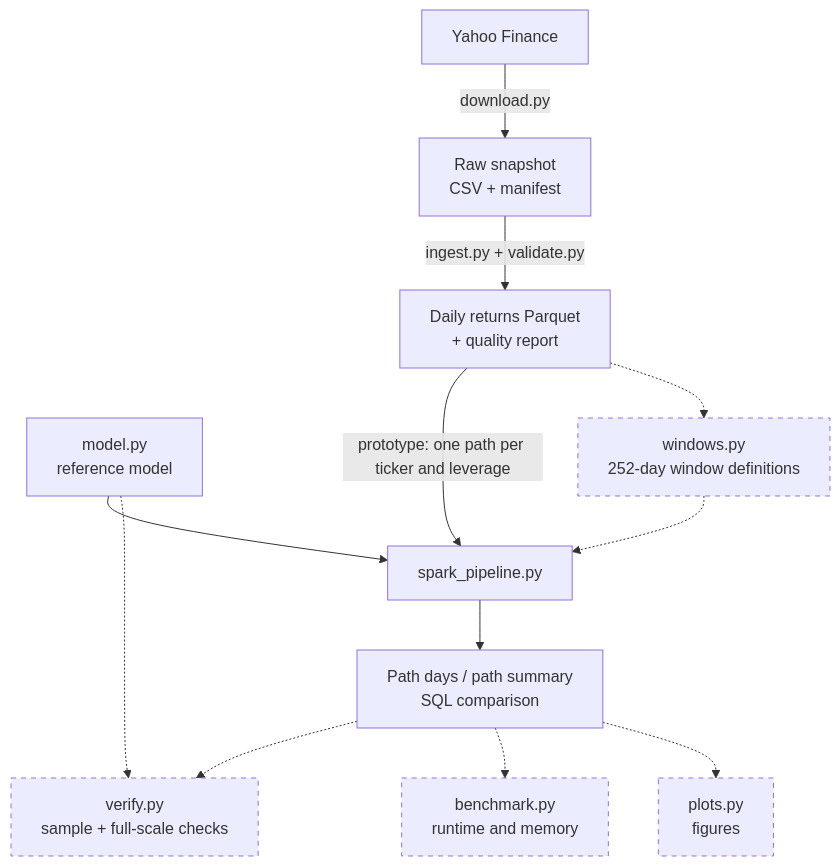
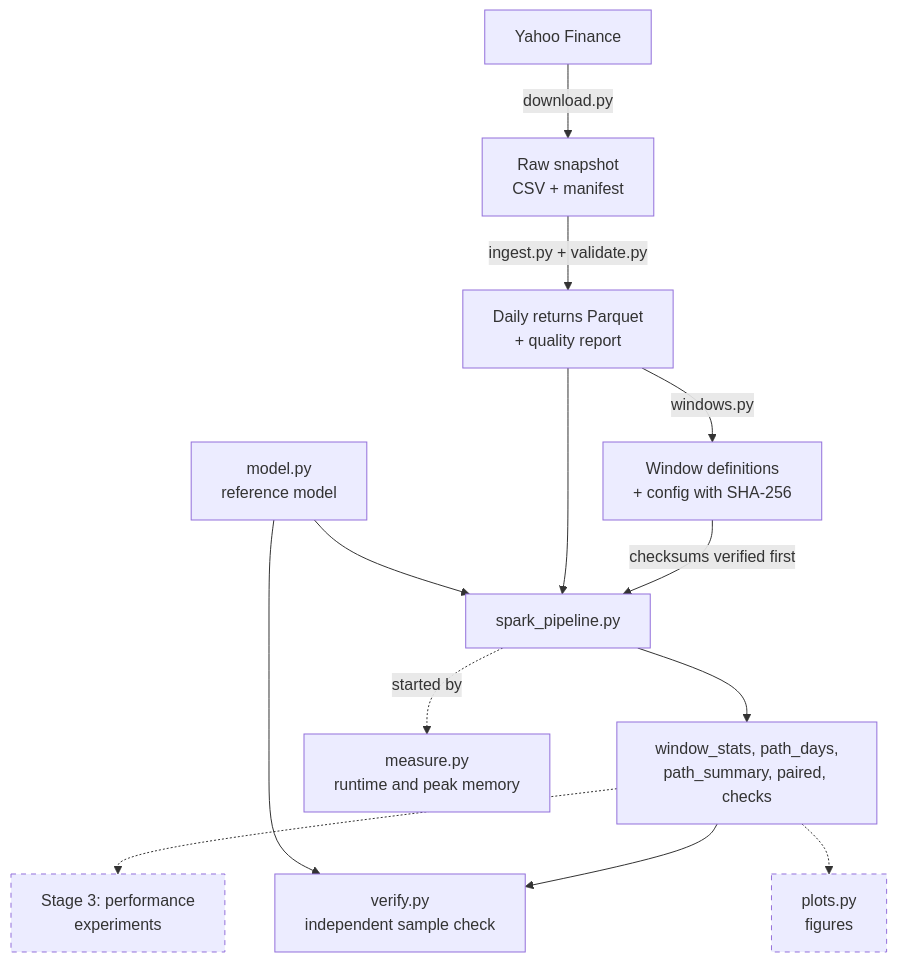
The diagram in docs/spec.md (kelly-0111/leveraged-etf-risk-analytics), drawn with Mermaid before and after one commit. The commit also changed other lines of this file and 1 other file, not shown here.

First line of the commit message:
Document Stage 2 windows, checks and the stride-21 run

````diff
--- a/docs/spec.md
+++ b/docs/spec.md
@@ -150,16 +153,17 @@
 ```mermaid
 flowchart TD
     Y[Yahoo Finance] -->|download.py| R[Raw snapshot<br/>CSV + manifest]
     R -->|ingest.py + validate.py| P[Daily returns Parquet<br/>+ quality report]
-    P -->|prototype: one path per ticker and leverage| S[spark_pipeline.py]
+    P -->|windows.py| W[Window definitions<br/>+ config with SHA-256]
+    W -->|checksums verified first| S[spark_pipeline.py]
+    P --> S
     M[model.py<br/>reference model] --> S
-    S --> O[Path days / path summary<br/>SQL comparison]
-    P -.-> W[windows.py<br/>252-day window definitions]
-    W -.-> S
-    O -.-> V[verify.py<br/>sample + full-scale checks]
-    M -.-> V
-    O -.-> B[benchmark.py<br/>runtime and memory]
+    S --> O[window_stats, path_days,<br/>path_summary, paired, checks]
+    O --> V[verify.py<br/>independent sample check]
+    M --> V
+    S -.->|started by| B[measure.py<br/>runtime and peak memory]
+    O -.-> E[Stage 3: performance<br/>experiments]
     O -.-> F[plots.py<br/>figures]
     classDef planned stroke-dasharray: 5 5
-    class W,V,B,F planned
+    class E,F planned
 ```
````
